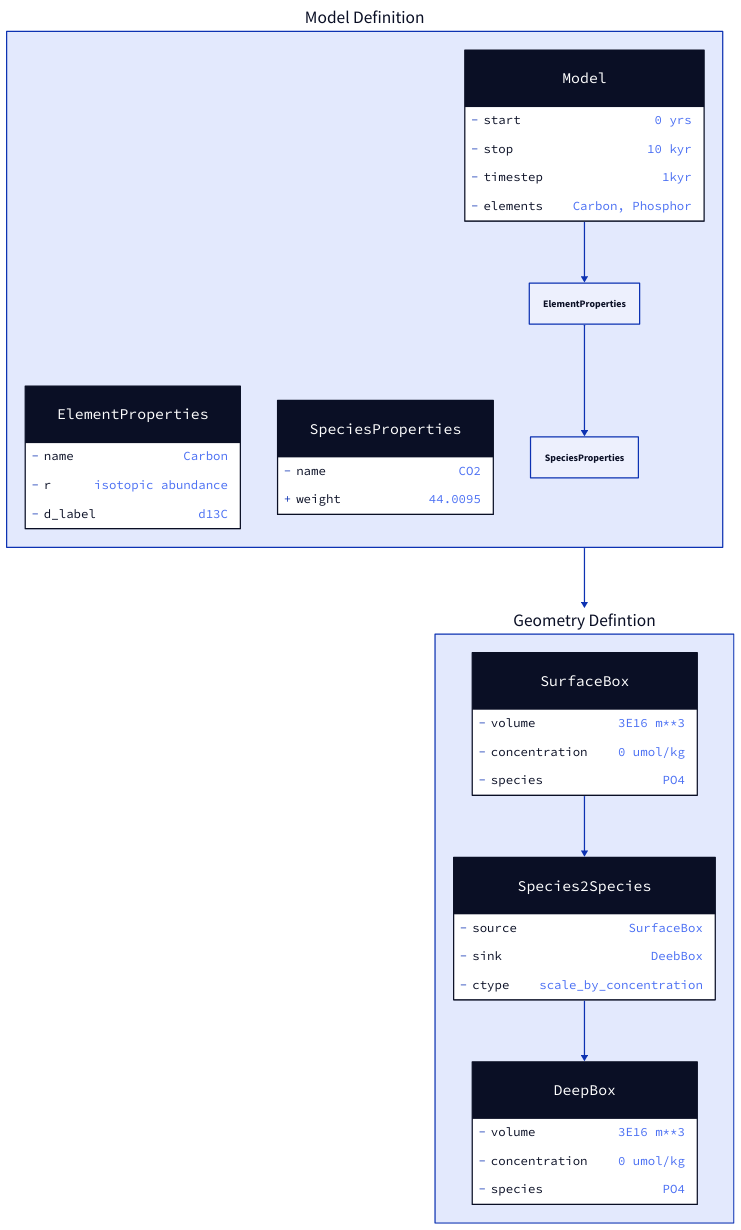
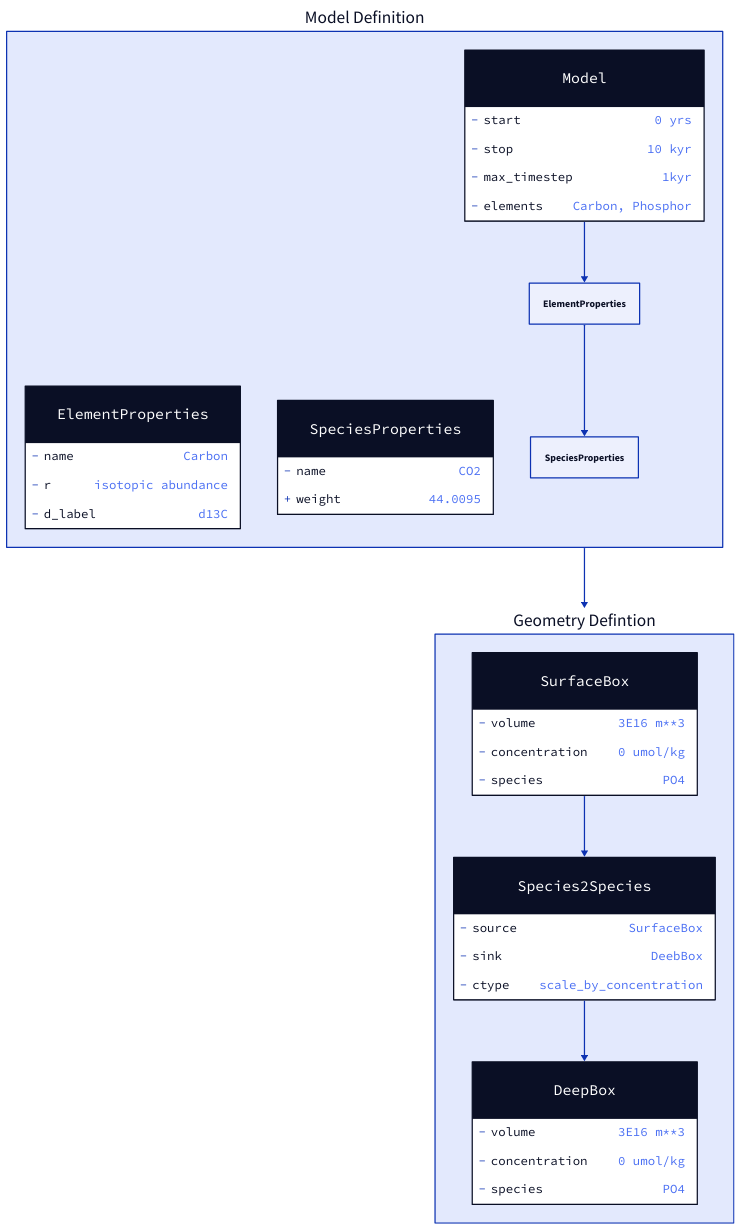
The diagram in docs/manual/model1.d2 (uliw/esbmtk), drawn with D2 before and after one commit. The commit also changed 15 other files, not shown here.

```diff
--- a/docs/manual/model1.d2
+++ b/docs/manual/model1.d2
@@ -1,51 +1,51 @@
 m: Model Definition {
   model: Model {
     shape: class
 
     -start: "0 yrs"
     -stop: "10 kyr"
-    -timestep: "1kyr"
+    -max_timestep: "1kyr"
     -elements: "Carbon, Phosphor"
   }
   element: ElementProperties {
     shape: class
     -name: Carbon
     -r: isotopic abundance
     -d_label: d13C
   }
 
   species: SpeciesProperties {
     shape: class
     -name: CO2
     weight: 44.0095
   }
 }
 
 geometry: Geometry Defintion {
   sb: SurfaceBox {
     shape: class
     -volume: "3E16 m**3"
     -concentration: "0 umol/kg"
     -species: PO4
   }
 
   c: Species2Species {
     shape: class
     -source: SurfaceBox
     -sink: DeebBox
     -ctype: scale_by_concentration
   }
 
   db: DeepBox {
     shape: class
     -volume: "3E16 m**3"
     -concentration: "0 umol/kg"
     -species: PO4
   }
 
   sb -> c
   c -> db
 }
 
 m.model -> m.ElementProperties -> m.SpeciesProperties
 m -> geometry
```
